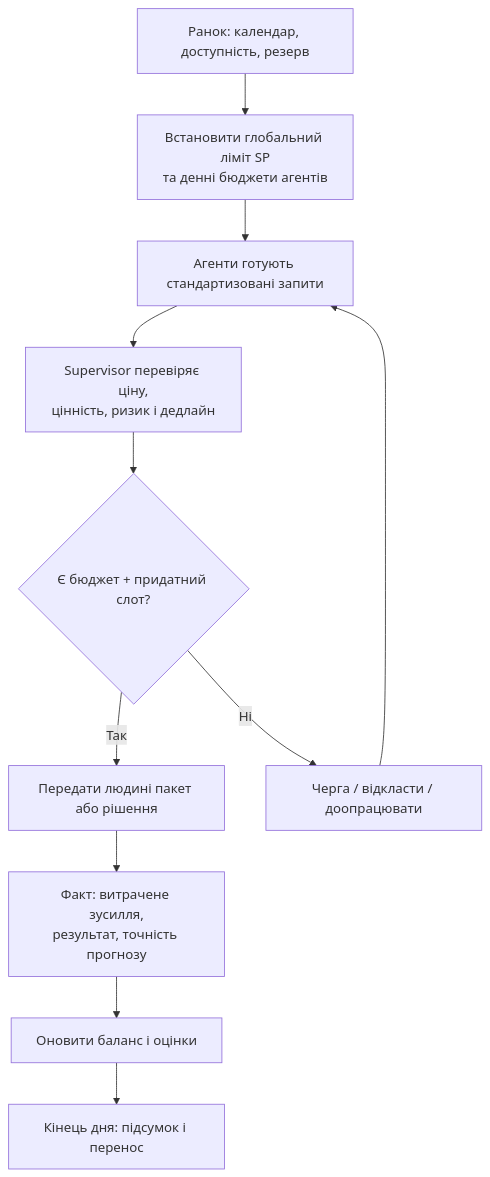
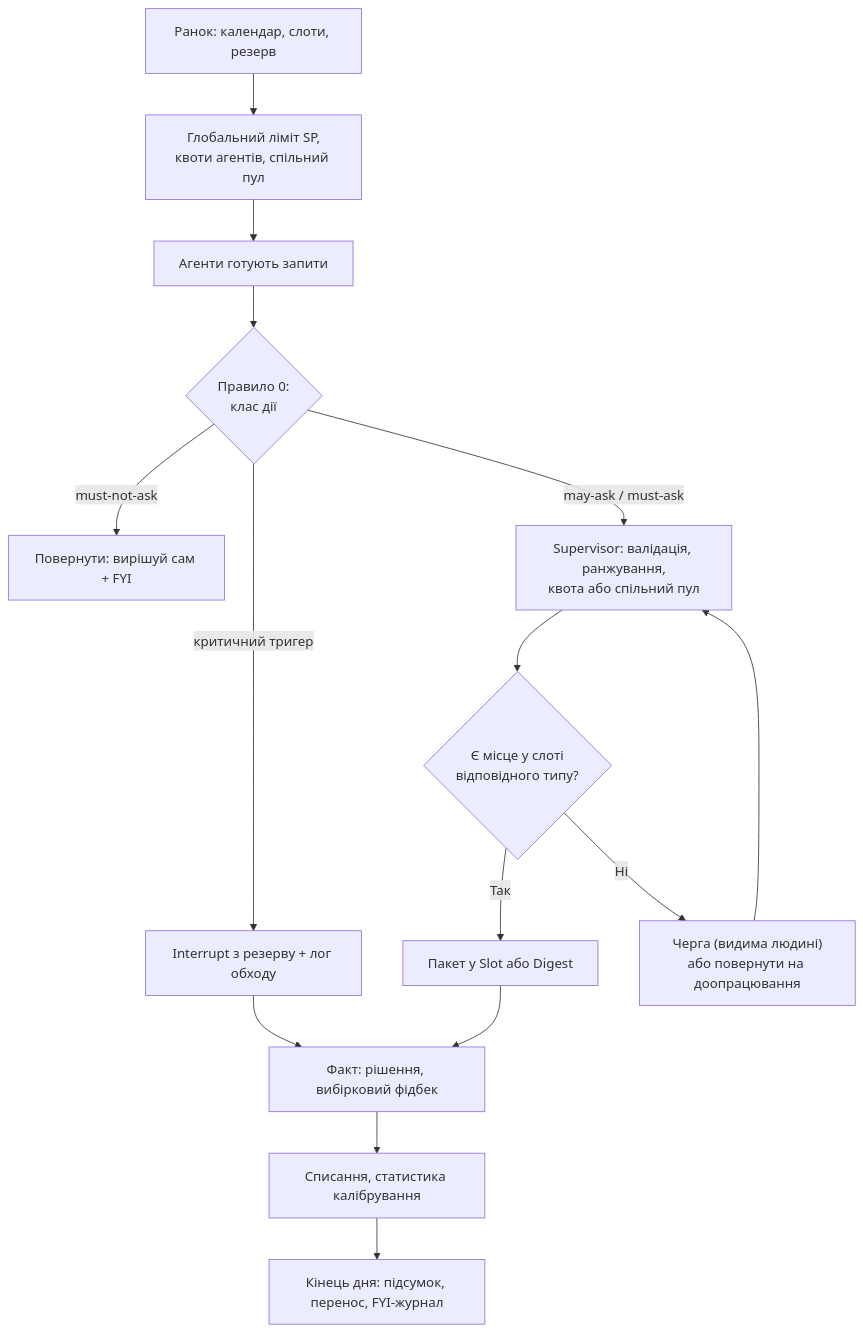
The second of 3 diagrams in docs/agent_attention_game_concept_ua.md (golovkomaksympol-cmd/Agent-game), drawn with Mermaid before and after one commit. The commit also changed other lines of this file and 3 other files, not shown here.

````diff
--- a/docs/agent_attention_game_concept_ua.md
+++ b/docs/agent_attention_game_concept_ua.md
@@ -70,13 +101,17 @@
 ```mermaid
 flowchart TD
-    D["Ранок: календар, доступність, резерв"] --> L["Встановити глобальний ліміт SP<br/>та денні бюджети агентів"]
-    L --> R["Агенти готують стандартизовані запити"]
-    R --> P["Supervisor перевіряє ціну,<br/>цінність, ризик і дедлайн"]
-    P --> Q{"Є бюджет + придатний слот?"}
-    Q -->|"Так"| H["Передати людині пакет або рішення"]
-    Q -->|"Ні"| W["Черга / відкласти / доопрацювати"]
-    H --> F["Факт: витрачене зусилля,<br/>результат, точність прогнозу"]
-    F --> U["Оновити баланс і оцінки"]
-    W --> R
-    U --> E["Кінець дня: підсумок і перенос"]
+    D["Ранок: календар, слоти, резерв"] --> L["Глобальний ліміт SP,<br/>квоти агентів, спільний пул"]
+    L --> R["Агенти готують запити"]
+    R --> Z{"Правило 0:<br/>клас дії"}
+    Z -->|"must-not-ask"| X["Повернути: вирішуй сам + FYI"]
+    Z -->|"критичний тригер"| I["Interrupt з резерву + лог обходу"]
+    Z -->|"may-ask / must-ask"| P["Supervisor: валідація, ранжування,<br/>квота або спільний пул"]
+    P --> Q{"Є місце у слоті<br/>відповідного типу?"}
+    Q -->|"Так"| H["Пакет у Slot або Digest"]
+    Q -->|"Ні"| W["Черга (видима людині)<br/>або повернути на доопрацювання"]
+    H --> F["Факт: рішення, вибірковий фідбек"]
+    I --> F
+    F --> U["Списання, статистика калібрування"]
+    W --> P
+    U --> E["Кінець дня: підсумок, перенос, FYI-журнал"]
 ```
````
